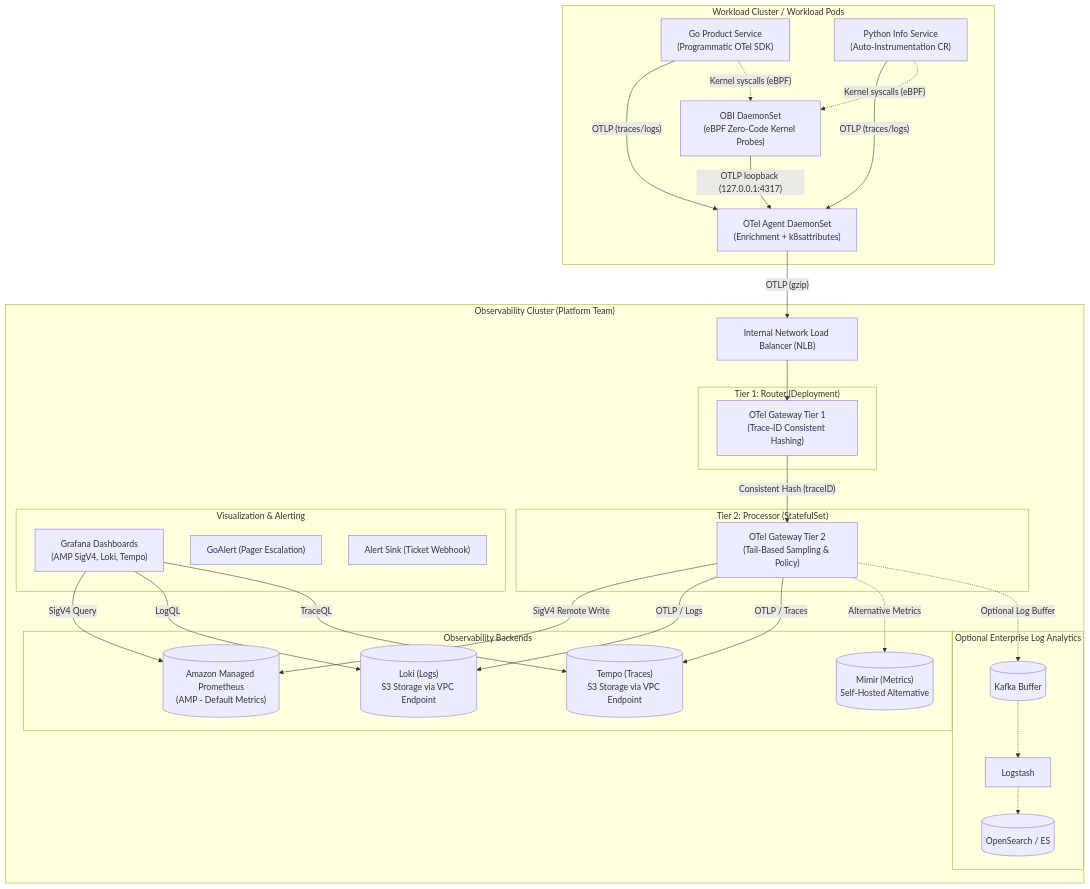
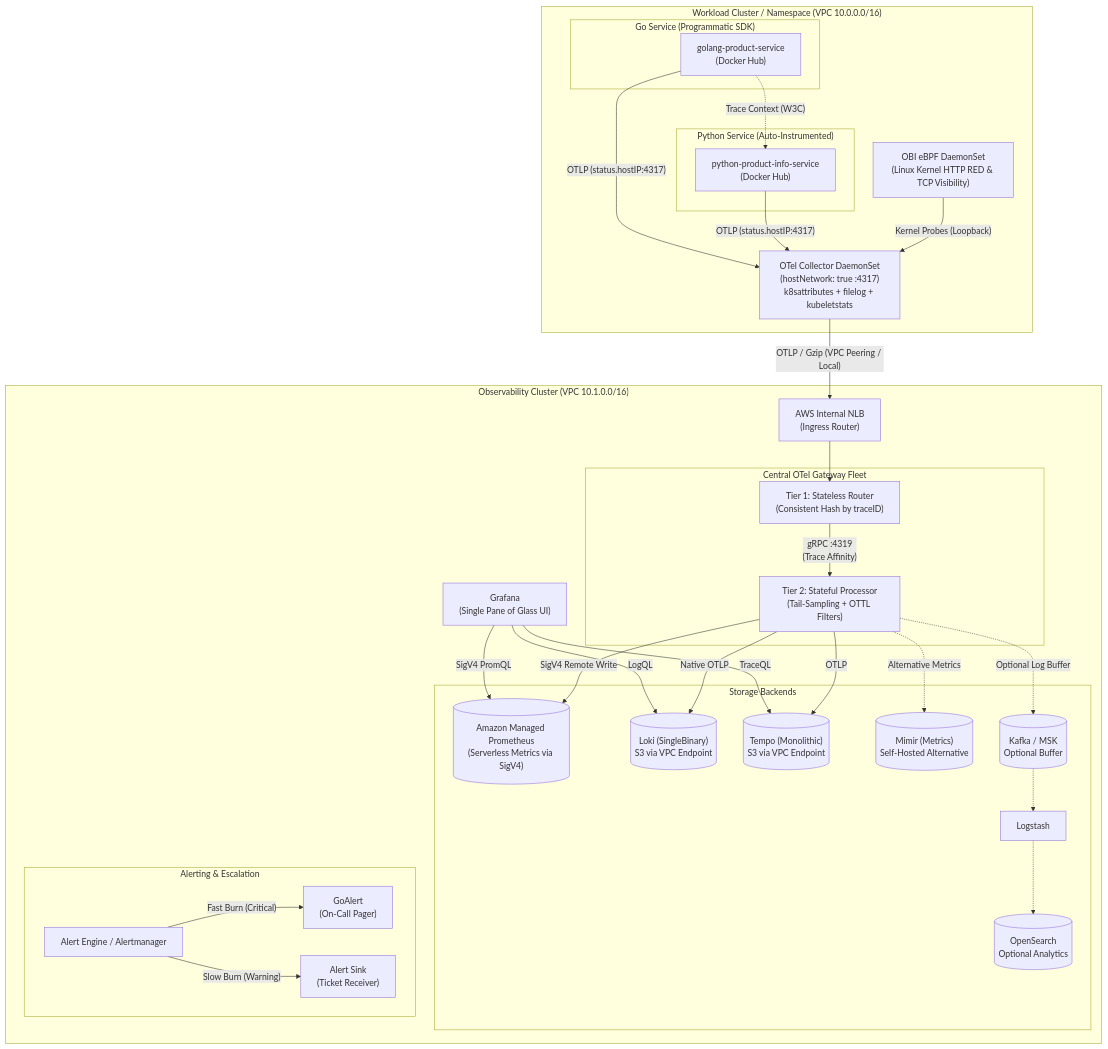
The diagram in README.md (ok-karthik/opentelemetry-platform-on-eks), drawn with Mermaid before and after one commit. The commit also changed other lines of this file, not shown here.

Commit message:
docs: streamline README into a concise, high-signal reference architecture

````diff
--- a/README.md
+++ b/README.md
@@ -215,60 +13,62 @@
 ```mermaid
-flowchart TD
-    subgraph WorkloadCluster["Workload Cluster / Workload Pods"]
-        App1["Go Product Service<br/>(Programmatic OTel SDK)"]
-        App2["Python Info Service<br/>(Auto-Instrumentation CR)"]
-        Agent["OTel Agent DaemonSet<br/>(Enrichment + k8sattributes)"]
-        OBI["OBI DaemonSet<br/>(eBPF Zero-Code Kernel Probes)"]
-
-        App1 -->|"OTLP (traces/logs)"| Agent
-        App2 -->|"OTLP (traces/logs)"| Agent
-        App1 -.->|"Kernel syscalls (eBPF)"| OBI
-        App2 -.->|"Kernel syscalls (eBPF)"| OBI
-        OBI -->|"OTLP loopback (127.0.0.1:4317)"| Agent
+flowchart TB
+    subgraph WorkloadCluster["Workload Cluster / Namespace (VPC 10.0.0.0/16)"]
+        subgraph Pod1["Go Service (Programmatic SDK)"]
+            GoApp["golang-product-service\n(Docker Hub)"]
+        end
+        subgraph Pod2["Python Service (Auto-Instrumented)"]
+            PyApp["python-product-info-service\n(Docker Hub)"]
+        end
+        
+        DaemonSetAgent["OTel Collector DaemonSet\n(hostNetwork: true :4317)\nk8sattributes + filelog + kubeletstats"]
+        OBI["OBI eBPF DaemonSet\n(Linux Kernel HTTP RED & TCP Visibility)"]
+        
+        GoApp -->|"OTLP (status.hostIP:4317)"| DaemonSetAgent
+        PyApp -->|"OTLP (status.hostIP:4317)"| DaemonSetAgent
+        GoApp -.->|"Trace Context (W3C)"| PyApp
+        OBI -->|"Kernel Probes (Loopback)"| DaemonSetAgent
     end
 
-    subgraph ObservabilityCluster["Observability Cluster (Platform Team)"]
-        NLB["Internal Network Load Balancer (NLB)"]
+    subgraph ObsCluster["Observability Cluster (VPC 10.1.0.0/16)"]
+        NLB["AWS Internal NLB\n(Ingress Router)"]
         
-        subgraph Tier1["Tier 1: Router (Deployment)"]
-            Router["OTel Gateway Tier 1<br/>(Trace-ID Consistent Hashing)"]
+        subgraph GatewayFleet["Central OTel Gateway Fleet"]
+            Router["Tier 1: Stateless Router\n(Consistent Hash by traceID)"]
+            Processor["Tier 2: Stateful Processor\n(Tail-Sampling + OTTL Filters)"]
+            Router -->|"gRPC :4319\n(Trace Affinity)"| Processor
         end
 
-        subgraph Tier2["Tier 2: Processor (StatefulSet)"]
-            Processor["OTel Gateway Tier 2<br/>(Tail-Based Sampling & Policy)"]
+        subgraph Backends["Storage Backends"]
+            AMP[("Amazon Managed Prometheus\n(Serverless Metrics via SigV4)")]
+            Loki[("Loki (SingleBinary)\nS3 via VPC Endpoint")]
+            Tempo[("Tempo (Monolithic)\nS3 via VPC Endpoint")]
+            Mimir[("Mimir (Metrics)\nSelf-Hosted Alternative")]
+            Kafka[("Kafka / MSK\nOptional Buffer")]
+            OpenSearch[("OpenSearch\nOptional Analytics")]
+            Logstash["Logstash"]
         end
 
-        subgraph ObservabilityBackends["Observability Backends"]
-            AMP[("Amazon Managed Prometheus<br/>(AMP - Default Metrics)")]
-            Loki[("Loki (Logs)<br/>S3 Storage via VPC Endpoint")]
-            Tempo[("Tempo (Traces)<br/>S3 Storage via VPC Endpoint")]
-            Mimir[("Mimir (Metrics)<br/>Self-Hosted Alternative")]
+        subgraph Escalation["Alerting & Escalation"]
+            Alertmanager["Alert Engine / Alertmanager"]
+            GoAlert["GoAlert\n(On-Call Pager)"]
+            AlertSink["Alert Sink\n(Ticket Receiver)"]
+            Alertmanager -->|"Fast Burn (Critical)"| GoAlert
+            Alertmanager -->|"Slow Burn (Warning)"| AlertSink
         end
 
-        subgraph Visualization["Visualization & Alerting"]
-            Grafana["Grafana Dashboards<br/>(AMP SigV4, Loki, Tempo)"]
-            GoAlert["GoAlert (Pager Escalation)"]
-            AlertSink["Alert Sink (Ticket Webhook)"]
-        end
-
-        subgraph OptionalELK["Optional Enterprise Log Analytics"]
-            Kafka[("Kafka Buffer")]
-            Logstash["Logstash"]
-            OpenSearch[("OpenSearch / ES")]
-        end
+        Grafana["Grafana\n(Single Pane of Glass UI)"]
+        Grafana -->|"SigV4 PromQL"| AMP
+        Grafana -->|"LogQL"| Loki
+        Grafana -->|"TraceQL"| Tempo
+        Processor -.->|"Optional Log Buffer"| Kafka
+        Kafka -.-> Logstash
+        Logstash -.-> OpenSearch
     end
 
-    Agent -->|"OTLP (gzip)"| NLB
+    DaemonSetAgent -->|"OTLP / Gzip (VPC Peering / Local)"| NLB
     NLB --> Router
-    Router -->|"Consistent Hash (traceID)"| Processor
     Processor -->|"SigV4 Remote Write"| AMP
-    Processor -->|"OTLP / Logs"| Loki
-    Processor -->|"OTLP / Traces"| Tempo
+    Processor -->|"Native OTLP"| Loki
+    Processor -->|"OTLP"| Tempo
     Processor -.->|"Alternative Metrics"| Mimir
-    Grafana -->|"SigV4 Query"| AMP
-    Grafana -->|"LogQL"| Loki
-    Grafana -->|"TraceQL"| Tempo
-    Processor -.->|"Optional Log Buffer"| Kafka
-    Kafka -.-> Logstash
-    Logstash -.-> OpenSearch
 ```
````
